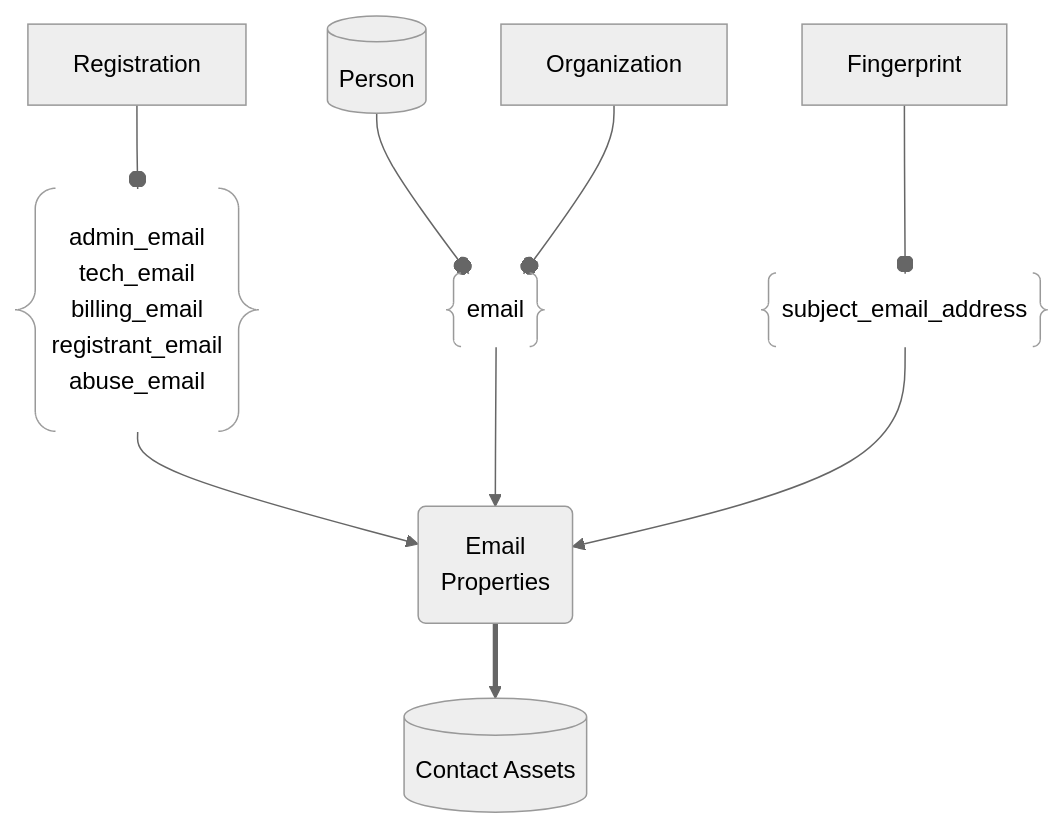
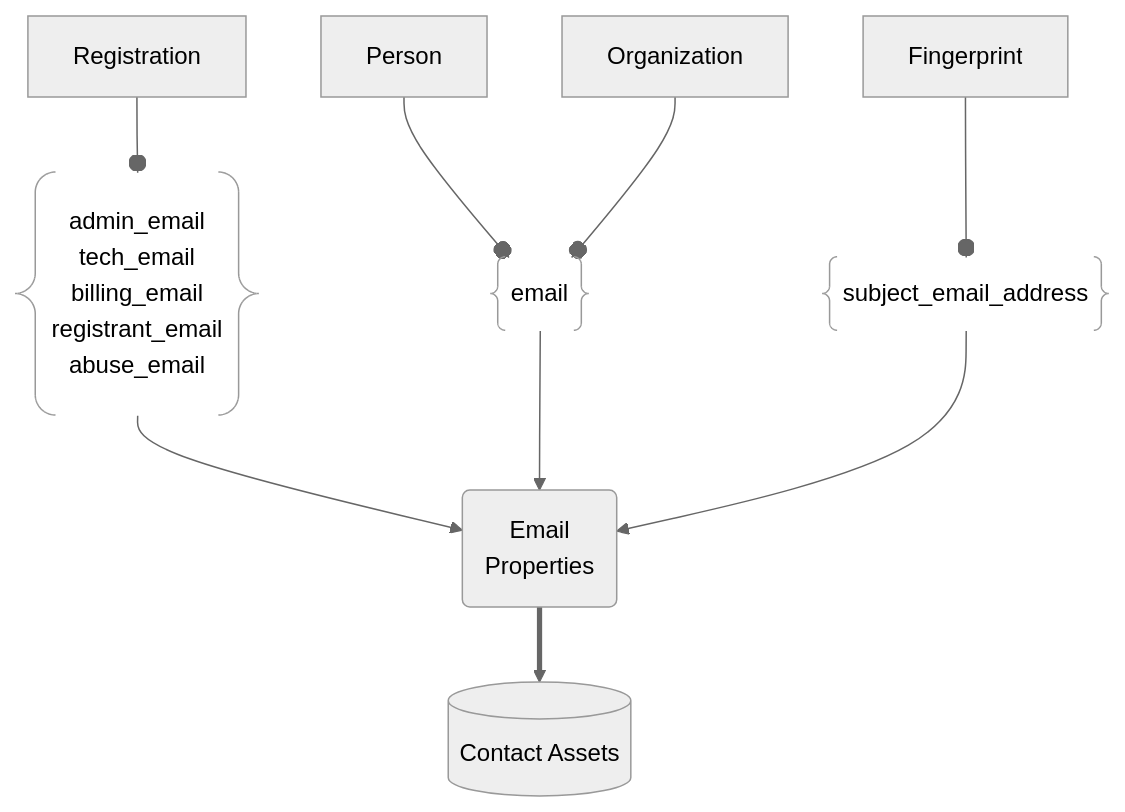
One commit to owasp-amass/docs changed the diagram in docs/open-asset-model/contact.md. Above: the diagram before and after it, drawn with Mermaid (neutral theme).

````diff
--- a/docs/open-asset-model/contact.md
+++ b/docs/open-asset-model/contact.md
@@ -38,32 +38,32 @@
 ``` mermaid
 graph TD
 Contact[("Contact Assets")]
 Email("Email
 Properties")
 
 Email ==> Contact
 
-Person[("Person")]
+Person["Person"]
 Organization["Organization"]
 TLSCertificate["Fingerprint"]
 Registration["Registration"]
 
 registrationEmail@{ shape: braces, label: "admin_email
 tech_email
 billing_email
 registrant_email
 abuse_email"}
 
 personEmail@{ shape: braces, label: "email"}
 tlsEmail@{ shape: braces, label: "subject_email_address"}
 
 registrationEmail --> Email
 Registration --o registrationEmail
 
 personEmail --> Email
 Person --o personEmail
 Organization --o personEmail 
 
 tlsEmail --> Email
 TLSCertificate --o tlsEmail
 ```
````
